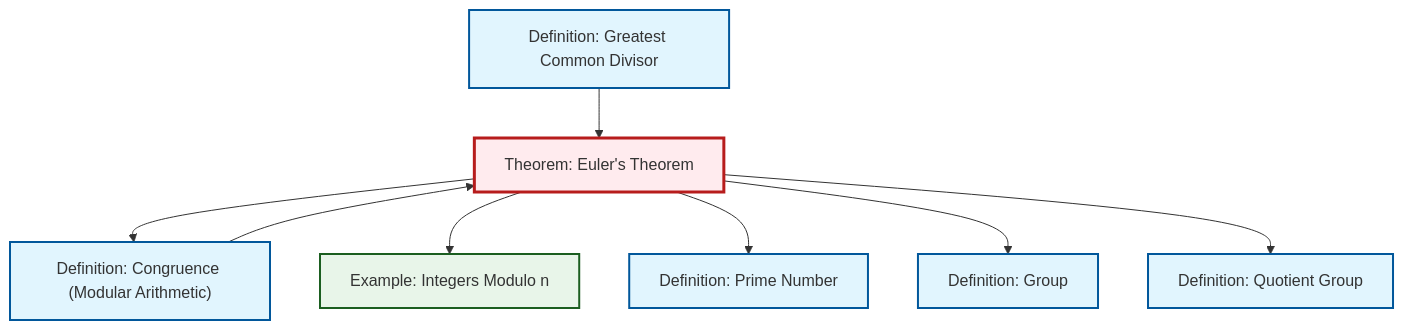
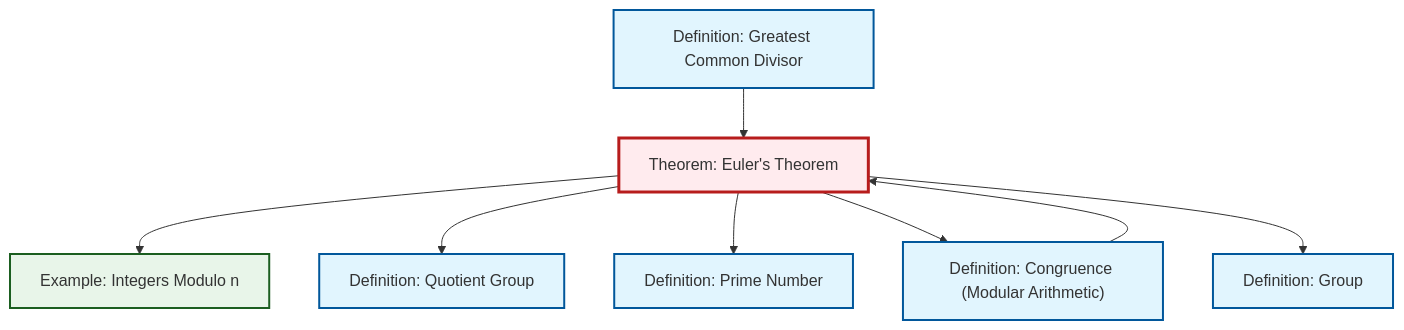
One commit to RK0429/ModernMath changed the diagram in content/ja/number-theory/thm-euler.qmd. Above: the diagram before and after it, drawn with Mermaid. The commit also changed other lines of this file and 434 other files, not shown here.

````diff
--- a/content/ja/number-theory/thm-euler.qmd
+++ b/content/ja/number-theory/thm-euler.qmd
@@ -52,30 +52,30 @@
 ```{mermaid}
 %%| fig-cap: "Local dependency graph"
 graph TD
     classDef definition fill:#e1f5fe,stroke:#01579b,stroke-width:2px
     classDef theorem fill:#f3e5f5,stroke:#4a148c,stroke-width:2px
     classDef axiom fill:#fff3e0,stroke:#e65100,stroke-width:2px
     classDef example fill:#e8f5e9,stroke:#1b5e20,stroke-width:2px
     classDef current fill:#ffebee,stroke:#b71c1c,stroke-width:3px
+    ex-quotient-integers-mod-n["Example: Integers Modulo n"]:::example
+    def-group["Definition: Group"]:::definition
+    def-prime["Definition: Prime Number"]:::definition
+    def-quotient-group["Definition: Quotient Group"]:::definition
     def-gcd["Definition: Greatest Common Divisor"]:::definition
     thm-euler["Theorem: Euler's Theorem"]:::theorem
-    ex-quotient-integers-mod-n["Example: Integers Modulo n"]:::example
-    def-quotient-group["Definition: Quotient Group"]:::definition
-    def-group["Definition: Group"]:::definition
     def-congruence["Definition: Congruence (Modular Arithmetic)"]:::definition
-    def-prime["Definition: Prime Number"]:::definition
     def-gcd --> thm-euler
+    thm-euler --> ex-quotient-integers-mod-n
+    thm-euler --> def-quotient-group
+    thm-euler --> def-prime
     thm-euler --> def-congruence
-    thm-euler --> ex-quotient-integers-mod-n
-    thm-euler --> def-prime
     def-congruence --> thm-euler
     thm-euler --> def-group
-    thm-euler --> def-quotient-group
     class thm-euler current
+    click ex-quotient-integers-mod-n "ex-quotient-integers-mod-n.html" "Example: Integers Modulo nへ"
+    click def-group "def-group.html" "Definition: Groupへ"
+    click def-prime "def-prime.html" "Definition: Prime Numberへ"
+    click def-quotient-group "def-quotient-group.html" "Definition: Quotient Groupへ"
     click def-gcd "def-gcd.html" "Definition: Greatest Common Divisorへ"
-    click ex-quotient-integers-mod-n "ex-quotient-integers-mod-n.html" "Example: Integers Modulo nへ"
-    click def-quotient-group "def-quotient-group.html" "Definition: Quotient Groupへ"
-    click def-group "def-group.html" "Definition: Groupへ"
     click def-congruence "def-congruence.html" "Definition: Congruence (Modular Arithmetic)へ"
-    click def-prime "def-prime.html" "Definition: Prime Numberへ"
 ```
````
